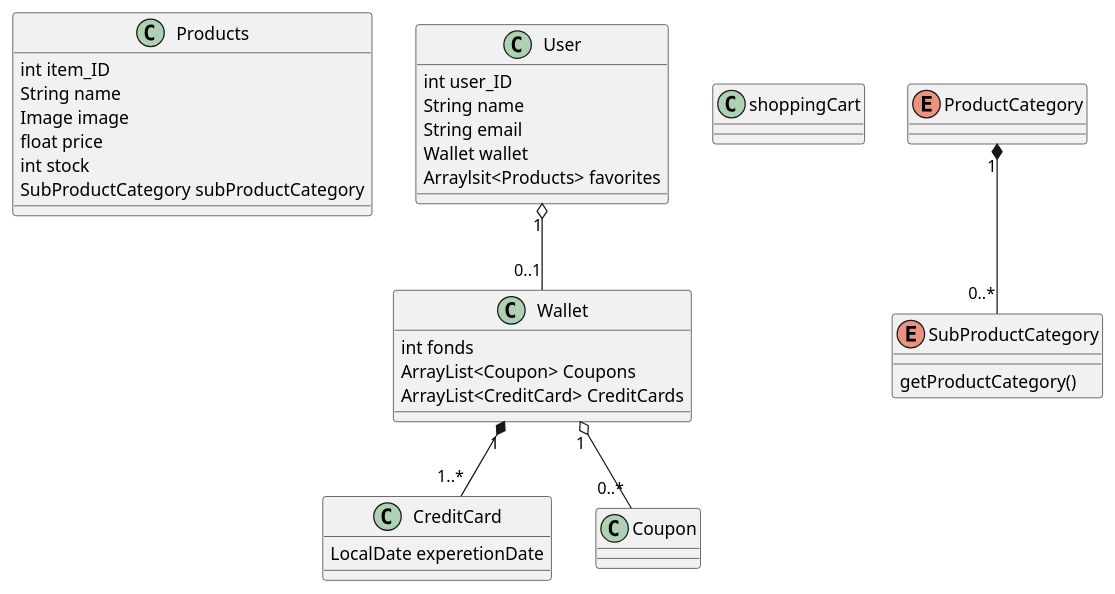
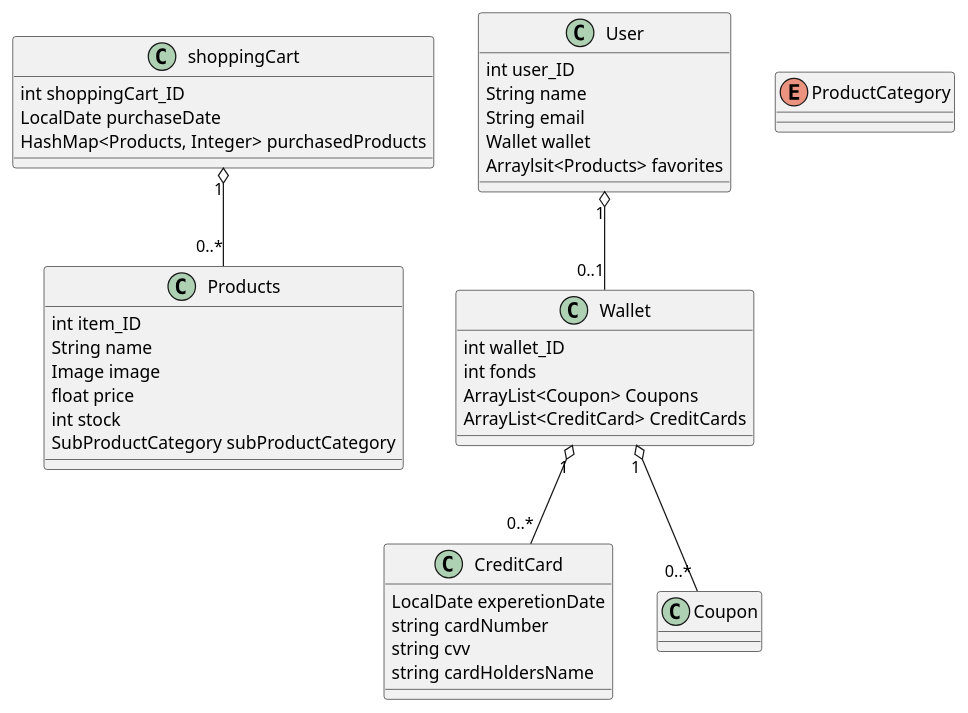
The diagram in Class diagram.wsd (AJungersen/DDU-Eksamensprojekt), drawn with PlantUML before and after one commit. The commit also changed 2 other files, not shown here.

```diff
--- a/Class diagram.wsd
+++ b/Class diagram.wsd
@@ -1,52 +1,53 @@
 @startuml
 class Products {
     int item_ID
     String name
     Image image
     float price
     int stock
     SubProductCategory subProductCategory
 }
 
 class User {
     int user_ID
     String name
     String email
     Wallet wallet
     Arraylsit<Products> favorites
 }
 
 
 Class Wallet {
+    int wallet_ID
     int fonds
     ArrayList<Coupon> Coupons
     ArrayList<CreditCard> CreditCards
 }
 
 class CreditCard {
     LocalDate experetionDate
+    string cardNumber
+    string cvv
+    string cardHoldersName
 }
 
 class Coupon {
-    
+
 }
 
 class shoppingCart {
-    
+    int shoppingCart_ID
+    LocalDate purchaseDate
+    HashMap<Products, Integer> purchasedProducts
 }
 
 enum ProductCategory {
 
 }
 
-enum SubProductCategory {
-
-    getProductCategory()
-}
-
 Wallet "1" o-- "0..*" Coupon
-Wallet "1" *-- "1..*" CreditCard
+Wallet "1" o-- "0..*" CreditCard
 User "1" o-- "0..1" Wallet
-ProductCategory "1" *-- "0..*" SubProductCategory
+shoppingCart "1" o-- "0..*" Products
 
 @enduml
```
